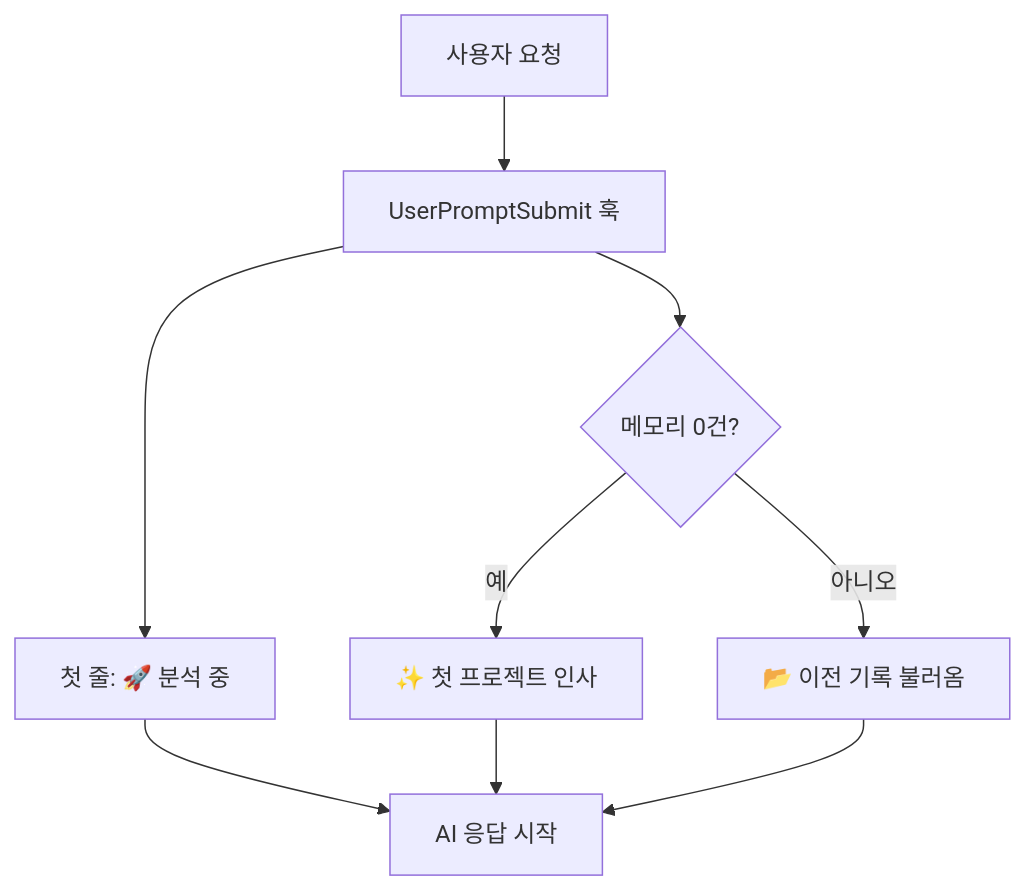
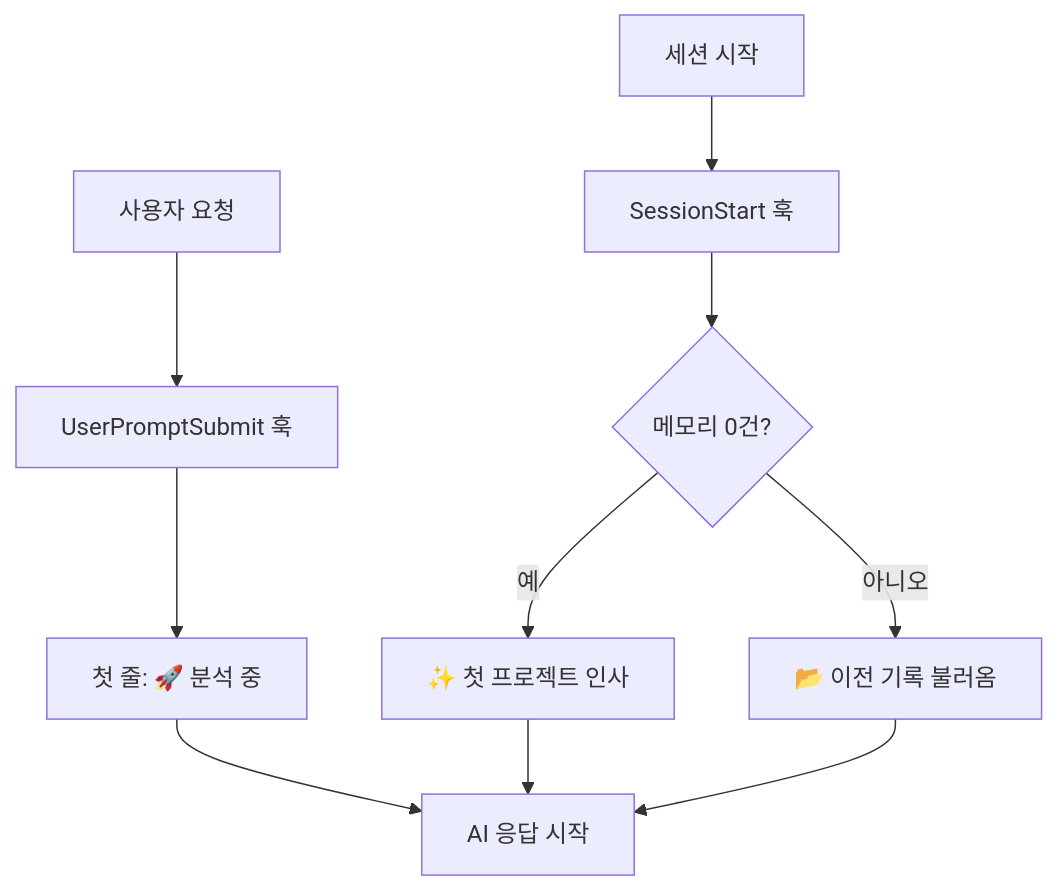
The diagram in src/content/posts/harness-5-nondev-ux.md (RJ-Stony/injoy), drawn with Mermaid before and after one commit. The commit also changed other lines of this file and 39 other files, not shown here.

````diff
--- a/src/content/posts/harness-5-nondev-ux.md
+++ b/src/content/posts/harness-5-nondev-ux.md
@@ -51,9 +51,10 @@
 ```mermaid
 flowchart TD
+    S["세션 시작"] --> SS["SessionStart 훅"]
+    SS --> M{"메모리 0건?"}
     U["사용자 요청"] --> H["UserPromptSubmit 훅"]
     H --> V["첫 줄: 🚀 분석 중"]
-    H --> M{"메모리 0건?"}
     M -->|"예"| C["✨ 첫 프로젝트 인사"]
     M -->|"아니오"| L["📂 이전 기록 불러옴"]
     V & C & L --> A["AI 응답 시작"]
 ```
````
